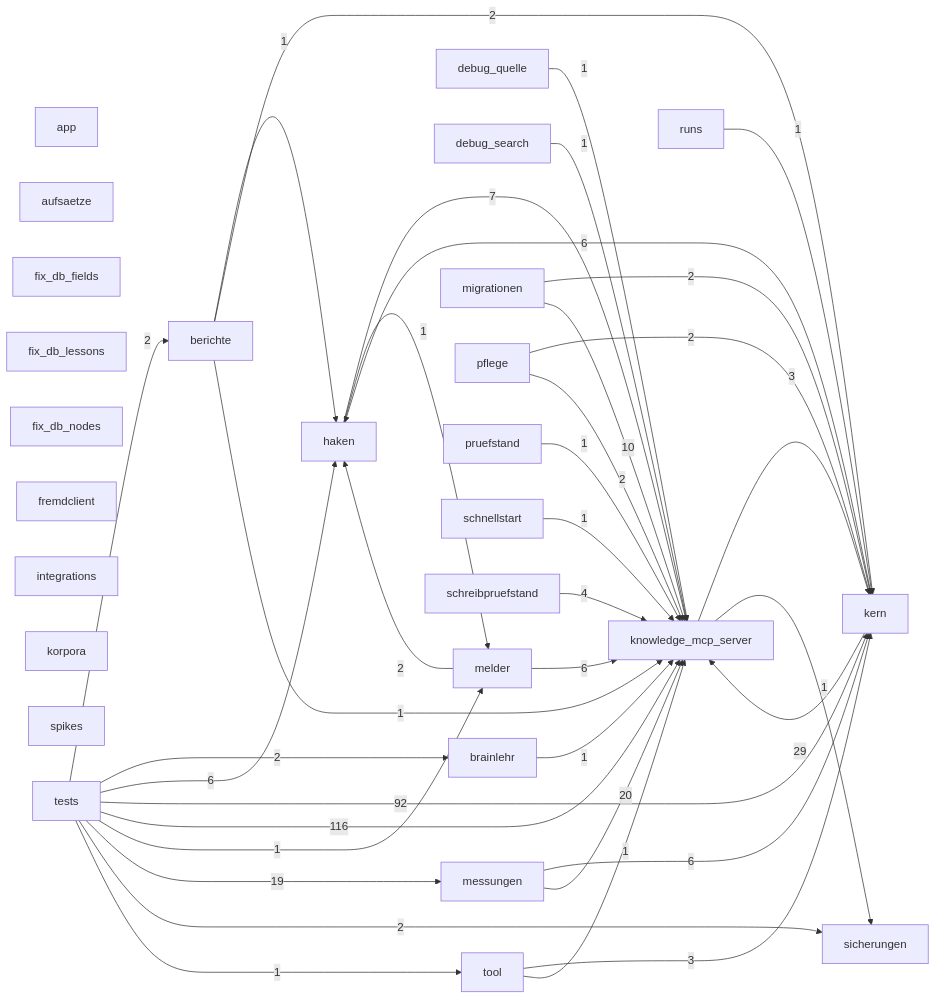
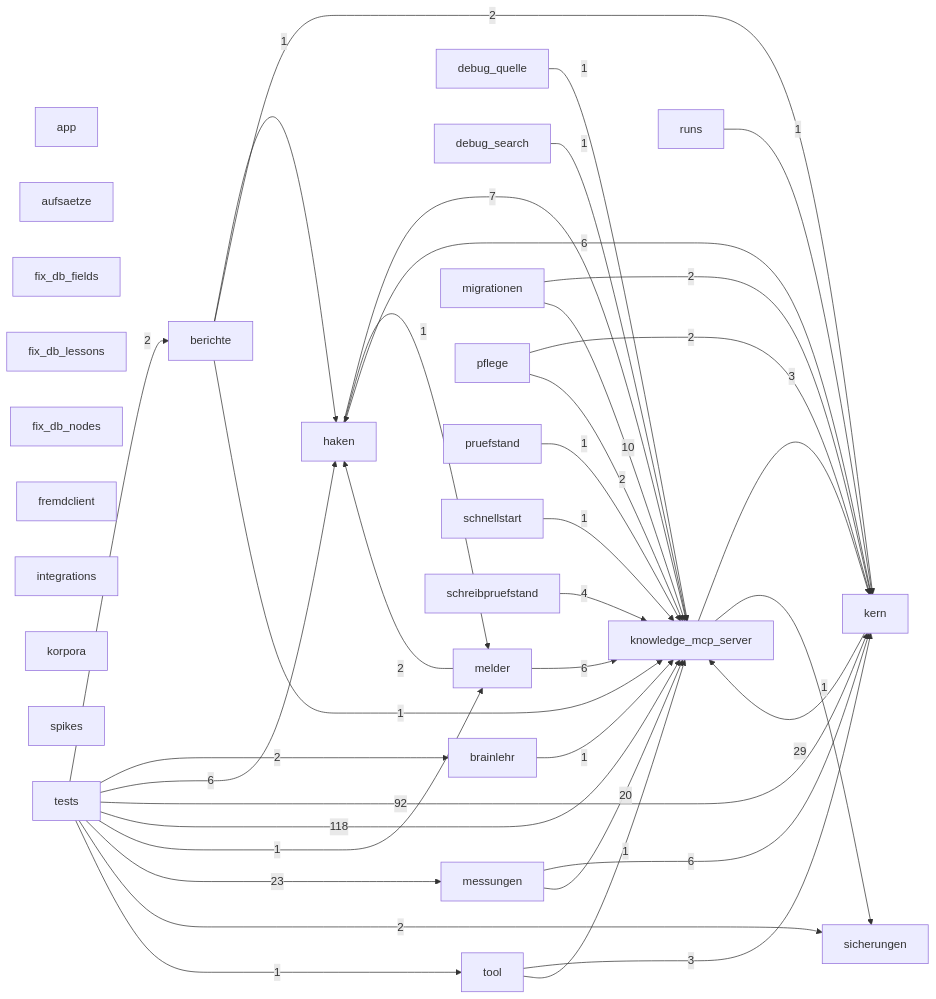
Before and after one commit to 3lehr/brainlehr: the diagram in docs/karten/code-brainlehr.md, drawn with Mermaid. The commit also changed 1 other file, not shown here.

Commit message:
chore(karten): Landkarten nach P60-Änderungen neu aufgefrischt
Beleg: python3 melder/landkarten.py --code brainlehr hub, 12 Karten geschrieben.

````diff
--- a/docs/karten/code-brainlehr.md
+++ b/docs/karten/code-brainlehr.md
@@ -5,65 +5,65 @@
 ```mermaid
 graph LR
   app["app"]
   aufsaetze["aufsaetze"]
   berichte["berichte"]
   brainlehr["brainlehr"]
   debug_quelle["debug_quelle"]
   debug_search["debug_search"]
   fix_db_fields["fix_db_fields"]
   fix_db_lessons["fix_db_lessons"]
   fix_db_nodes["fix_db_nodes"]
   fremdclient["fremdclient"]
   haken["haken"]
   integrations["integrations"]
   kern["kern"]
   knowledge_mcp_server["knowledge_mcp_server"]
   korpora["korpora"]
   melder["melder"]
   messungen["messungen"]
   migrationen["migrationen"]
   pflege["pflege"]
   pruefstand["pruefstand"]
   runs["runs"]
   schnellstart["schnellstart"]
   schreibpruefstand["schreibpruefstand"]
   sicherungen["sicherungen"]
   spikes["spikes"]
   tests["tests"]
   tool["tool"]
   berichte -->|1| haken
   berichte -->|2| kern
   berichte -->|1| knowledge_mcp_server
   brainlehr -->|1| knowledge_mcp_server
   debug_quelle -->|1| knowledge_mcp_server
   debug_search -->|1| knowledge_mcp_server
   haken -->|7| knowledge_mcp_server
   haken -->|1| melder
   kern -->|6| haken
   kern -->|29| knowledge_mcp_server
   knowledge_mcp_server -->|3| kern
   knowledge_mcp_server -->|1| sicherungen
   melder -->|2| haken
   melder -->|6| knowledge_mcp_server
   messungen -->|6| kern
   messungen -->|20| knowledge_mcp_server
   migrationen -->|2| kern
   migrationen -->|10| knowledge_mcp_server
   pflege -->|2| kern
   pflege -->|2| knowledge_mcp_server
   pruefstand -->|1| knowledge_mcp_server
   runs -->|1| kern
   schnellstart -->|1| knowledge_mcp_server
   schreibpruefstand -->|4| knowledge_mcp_server
   tests -->|2| berichte
   tests -->|2| brainlehr
   tests -->|6| haken
   tests -->|92| kern
-  tests -->|116| knowledge_mcp_server
+  tests -->|118| knowledge_mcp_server
   tests -->|1| melder
-  tests -->|19| messungen
+  tests -->|23| messungen
   tests -->|2| sicherungen
   tests -->|1| tool
   tool -->|3| kern
   tool -->|1| knowledge_mcp_server
 ```
````
